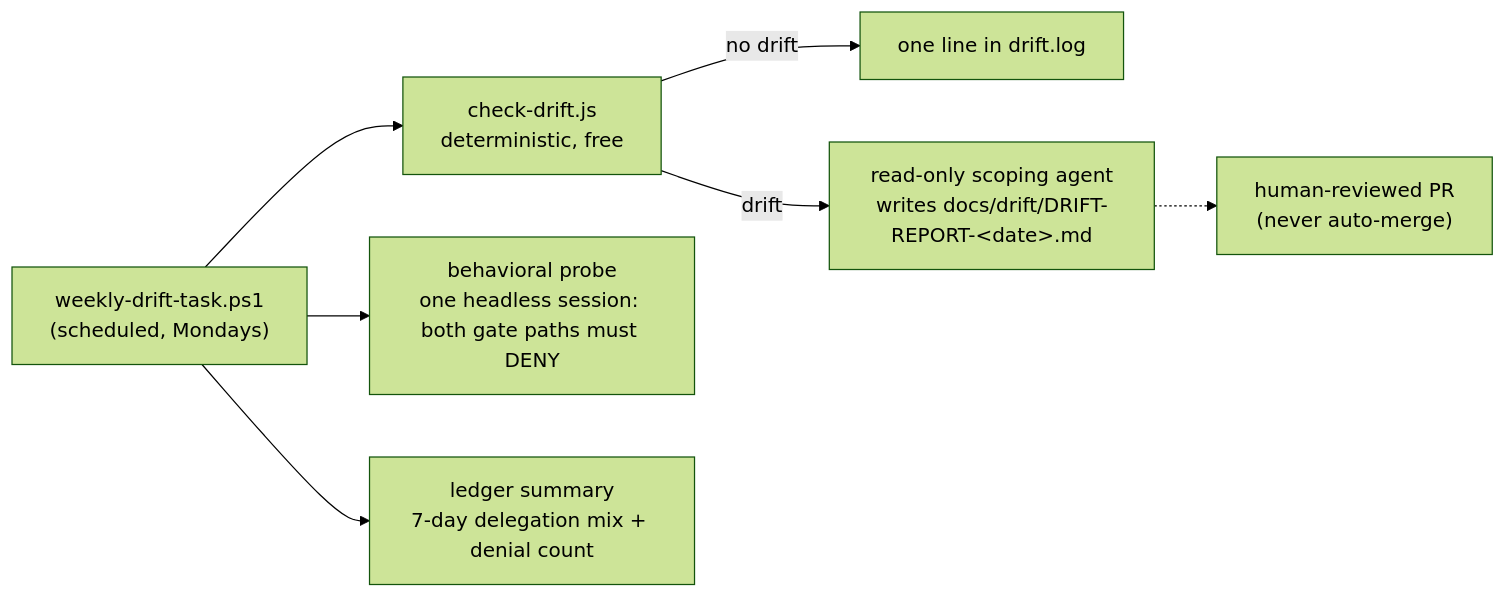
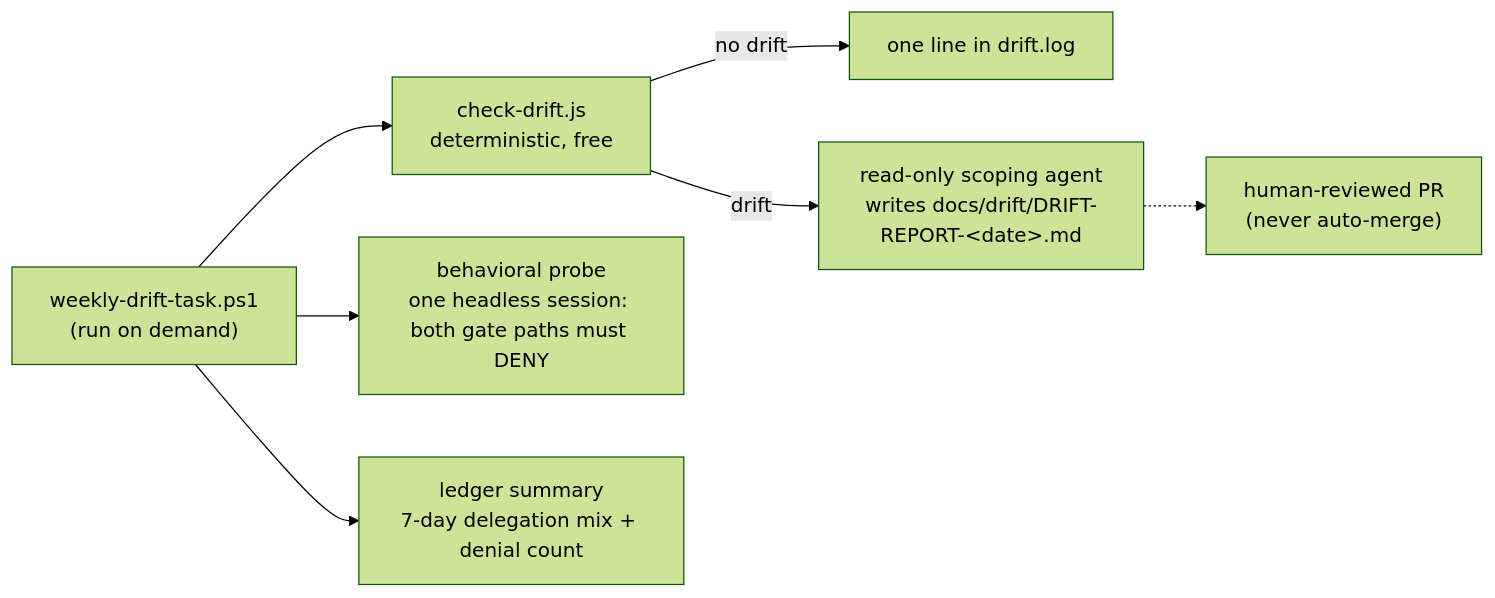
The diagram in scripts/README.md (TheRealBillSiegler/delegation-tiering), drawn with Mermaid (forest theme) before and after one commit. The commit also changed other lines of this file and 7 other files, not shown here.

````diff
--- a/scripts/README.md
+++ b/scripts/README.md
@@ -5,9 +5,9 @@
 ```mermaid
 flowchart LR
-    TASK["weekly-drift-task.ps1<br>(scheduled, Mondays)"] --> CHK["check-drift.js<br>deterministic, free"]
+    TASK["weekly-drift-task.ps1<br>(run on demand)"] --> CHK["check-drift.js<br>deterministic, free"]
     CHK -- "no drift" --> LOG["one line in drift.log"]
     CHK -- "drift" --> SCOPE["read-only scoping agent<br>writes docs/drift/DRIFT-REPORT-&lt;date&gt;.md"]
     TASK --> PRB["behavioral probe<br>one headless session: both gate paths must DENY"]
     TASK --> MIX["ledger summary<br>7-day delegation mix + denial count"]
     SCOPE -.-> PR["human-reviewed PR<br>(never auto-merge)"]
 ```
````
